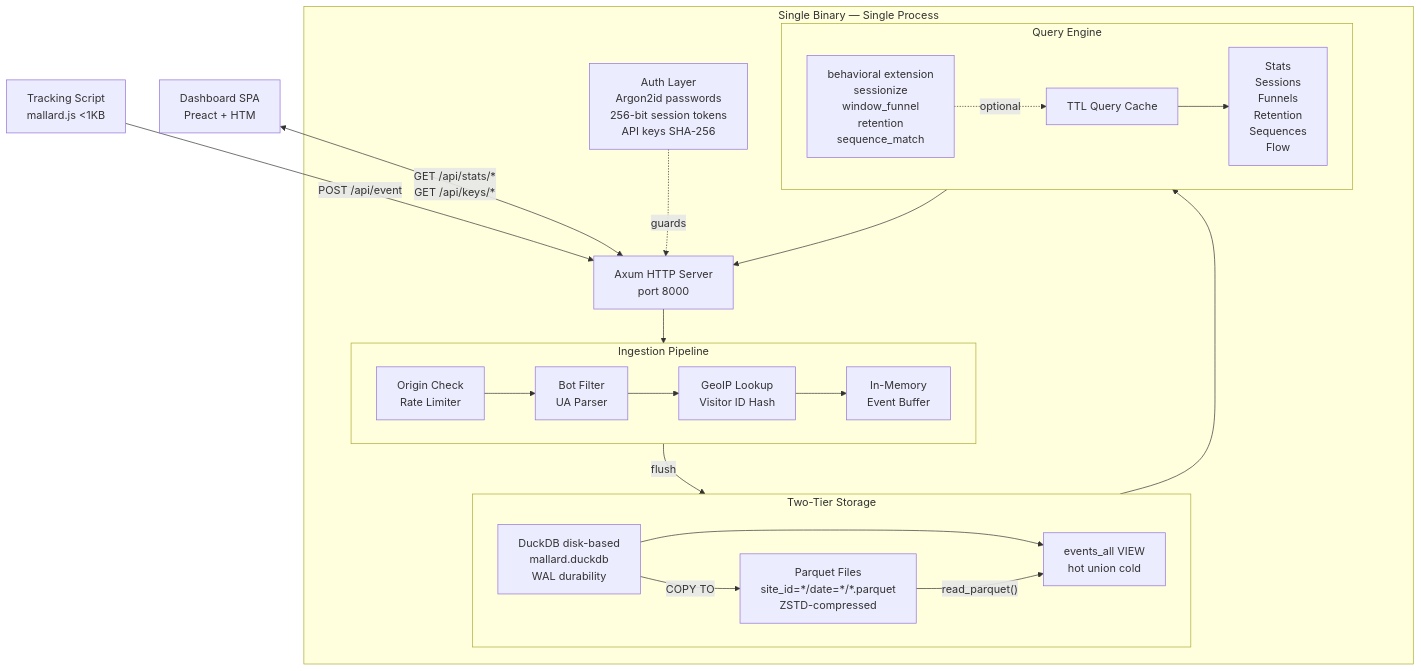
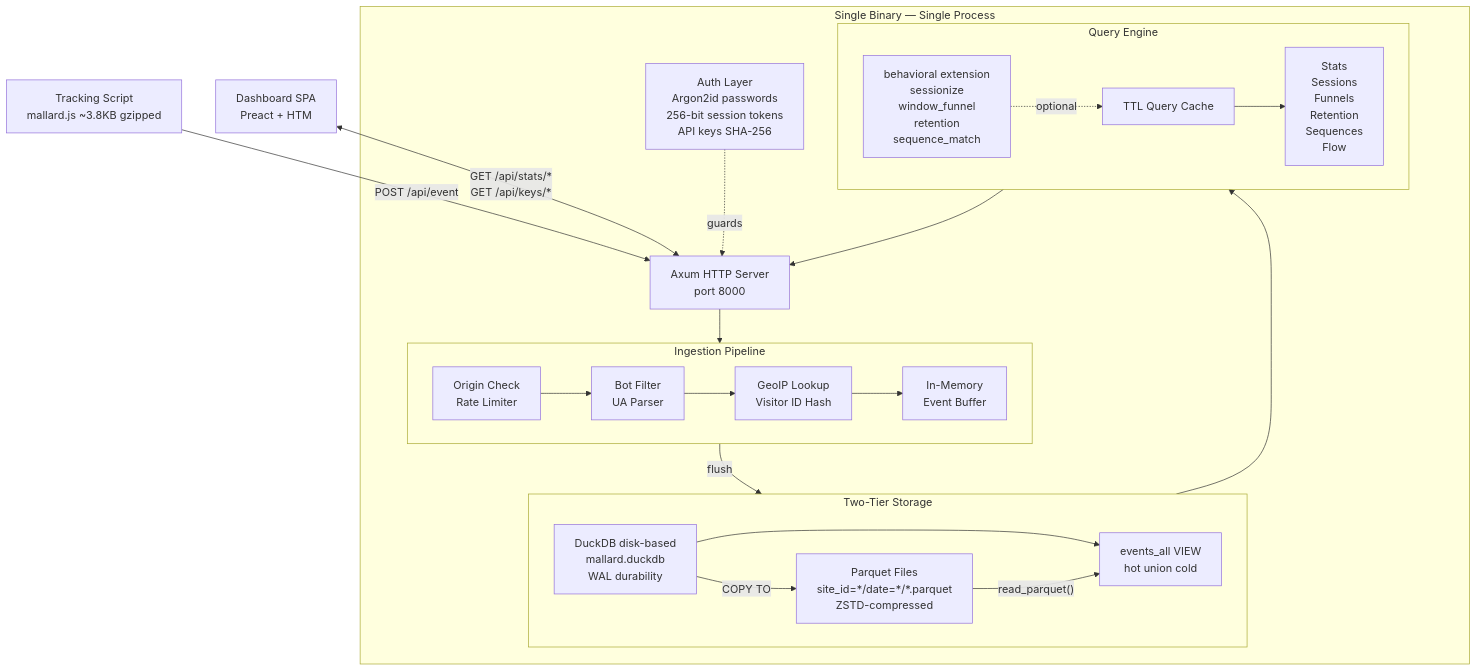
One commit to tomtom215/mallardmetrics changed the first of 5 diagrams in docs/src/architecture.md. Above: the diagram before and after it, drawn with Mermaid. The commit also changed other lines of this file and 71 other files, not shown here.

````diff
--- a/docs/src/architecture.md
+++ b/docs/src/architecture.md
@@ -7,42 +7,42 @@
 ```mermaid
 flowchart TD
-    TS["Tracking Script\nmallard.js &lt;1KB"]
+    TS["Tracking Script\nmallard.js ~3.8KB gzipped"]
     DASH["Dashboard SPA\nPreact + HTM"]
 
     TS -->|"POST /api/event"| AXUM
     DASH <-->|"GET /api/stats/*\nGET /api/keys/*"| AXUM
 
     subgraph BINARY["Single Binary — Single Process"]
         AXUM["Axum HTTP Server\nport 8000"]
 
         subgraph INGEST["Ingestion Pipeline"]
             direction LR
             OC["Origin Check\nRate Limiter"] --> BF["Bot Filter\nUA Parser"]
             BF --> GEO["GeoIP Lookup\nVisitor ID Hash"]
             GEO --> BUF["In-Memory\nEvent Buffer"]
         end
 
         subgraph STORE["Two-Tier Storage"]
             direction LR
             DB["DuckDB disk-based\nmallard.duckdb\nWAL durability"]
             PQ["Parquet Files\nsite_id=*/date=*/*.parquet\nZSTD-compressed"]
             VIEW["events_all VIEW\nhot union cold"]
             DB -->|"COPY TO"| PQ
             DB --> VIEW
             PQ -->|"read_parquet()"| VIEW
         end
 
         subgraph QUERY["Query Engine"]
             direction LR
             CACHE["TTL Query Cache"] --> QH["Stats\nSessions\nFunnels\nRetention\nSequences\nFlow"]
             EXT["behavioral extension\nsessionize\nwindow_funnel\nretention\nsequence_match"] -.->|"optional"| CACHE
         end
 
         AUTH["Auth Layer\nArgon2id passwords\n256-bit session tokens\nAPI keys SHA-256"] -.->|"guards"| AXUM
 
         AXUM --> OC
         BUF -->|"flush"| DB
         VIEW --> CACHE
         QH --> AXUM
     end
 ```
````
